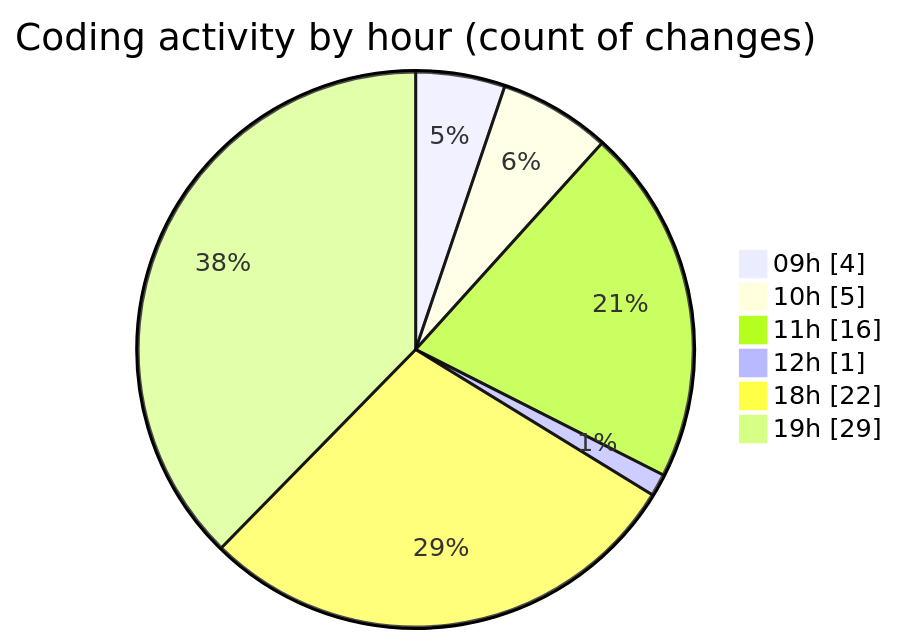
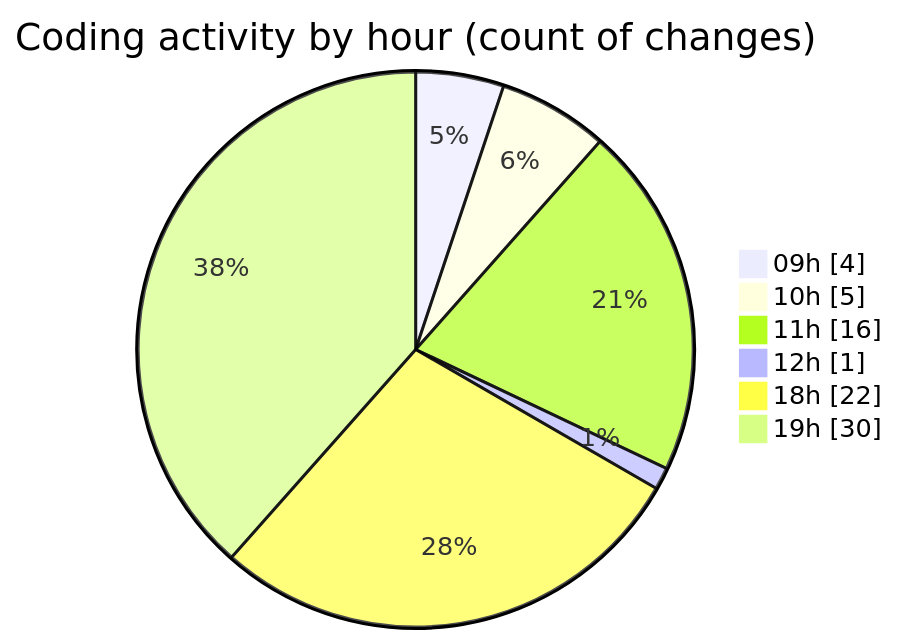
Before and after one commit to momahboobian/code-tracking: the second of 2 diagrams in 2025-04-28/cda/README.md, drawn with Mermaid. The commit also changed other lines of this file and 1 other file, not shown here.

````diff
--- a/2025-04-28/cda/README.md
+++ b/2025-04-28/cda/README.md
@@ -56,10 +56,10 @@
 ```mermaid
 pie showData
 title Coding activity by hour (count of changes)
 "09h" : 4
 "10h" : 5
 "11h" : 16
 "12h" : 1
 "18h" : 22
-"19h" : 29
+"19h" : 30
 ```
````
